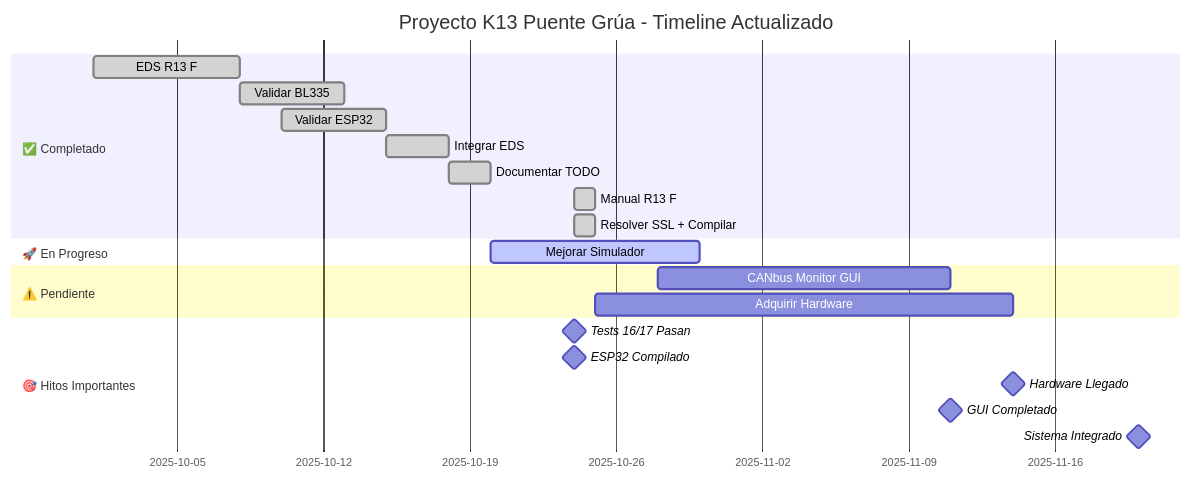
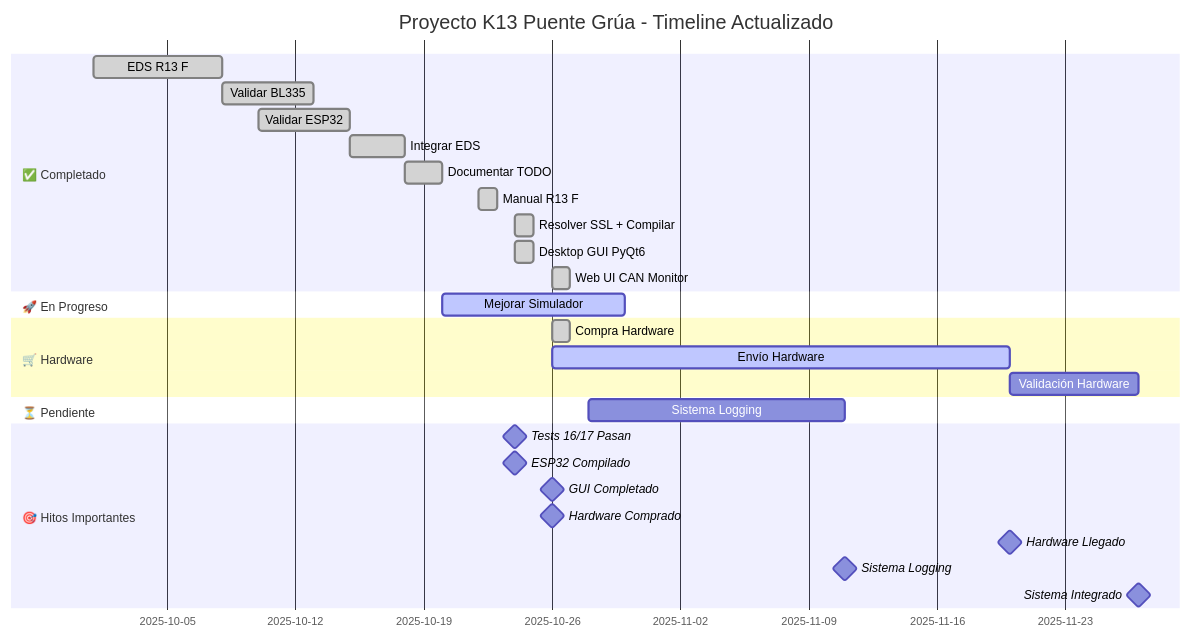
One commit to arturo393/crane-emergency-stop changed the diagram in TODO.md. Above: the diagram before and after it, drawn with Mermaid. The commit also changed other lines of this file and 3 other files, not shown here.

````diff
--- a/TODO.md
+++ b/TODO.md
@@ -338,28 +565,36 @@
 ```mermaid
 gantt
     title Proyecto K13 Puente Grúa - Timeline Actualizado
     dateFormat YYYY-MM-DD
     
     section ✅ Completado
     EDS R13 F               :done, eds, 2025-10-01, 7d
     Validar BL335          :done, bl335, 2025-10-08, 5d
     Validar ESP32          :done, esp32, 2025-10-10, 5d
     Integrar EDS           :done, int, 2025-10-15, 3d
     Documentar TODO        :done, doc, 2025-10-18, 2d
-    Manual R13 F           :done, manual, 2025-10-24, 1d
+    Manual R13 F           :done, manual, 2025-10-22, 1d
     Resolver SSL + Compilar:done, ssl, 2025-10-24, 1d
+    Desktop GUI PyQt6      :done, gui1, 2025-10-24, 1d
+    Web UI CAN Monitor     :done, gui2, 2025-10-26, 1d
     
     section 🚀 En Progreso
     Mejorar Simulador      :active, sim, 2025-10-20, 10d
     
-    section ⚠️ Pendiente
-    CANbus Monitor GUI     :gui, 2025-10-28, 14d
-    Adquirir Hardware      :hw, 2025-10-25, 20d
+    section 🛒 Hardware
+    Compra Hardware        :done, hw1, 2025-10-26, 1d
+    Envío Hardware         :active, hw2, 2025-10-26, 25d
+    Validación Hardware    :hw3, 2025-11-20, 7d
+    
+    section ⏳ Pendiente
+    Sistema Logging        :log, 2025-10-28, 14d
     
     section 🎯 Hitos Importantes
     Tests 16/17 Pasan      :milestone, m1, 2025-10-24, 0d
     ESP32 Compilado        :milestone, m2, 2025-10-24, 0d
-    Hardware Llegado       :milestone, m3, 2025-11-14, 0d
-    GUI Completado         :milestone, m4, 2025-11-11, 0d
-    Sistema Integrado      :milestone, m5, 2025-11-20, 0d
+    GUI Completado         :milestone, m3, 2025-10-26, 0d
+    Hardware Comprado      :milestone, m4, 2025-10-26, 0d
+    Hardware Llegado       :milestone, m5, 2025-11-20, 0d
+    Sistema Logging        :milestone, m6, 2025-11-11, 0d
+    Sistema Integrado      :milestone, m7, 2025-11-27, 0d
 ```
````
